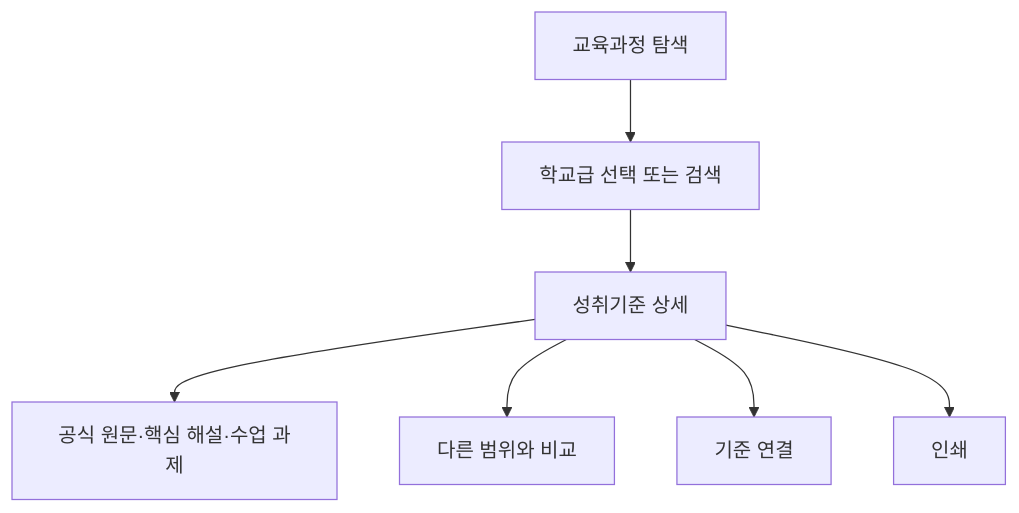
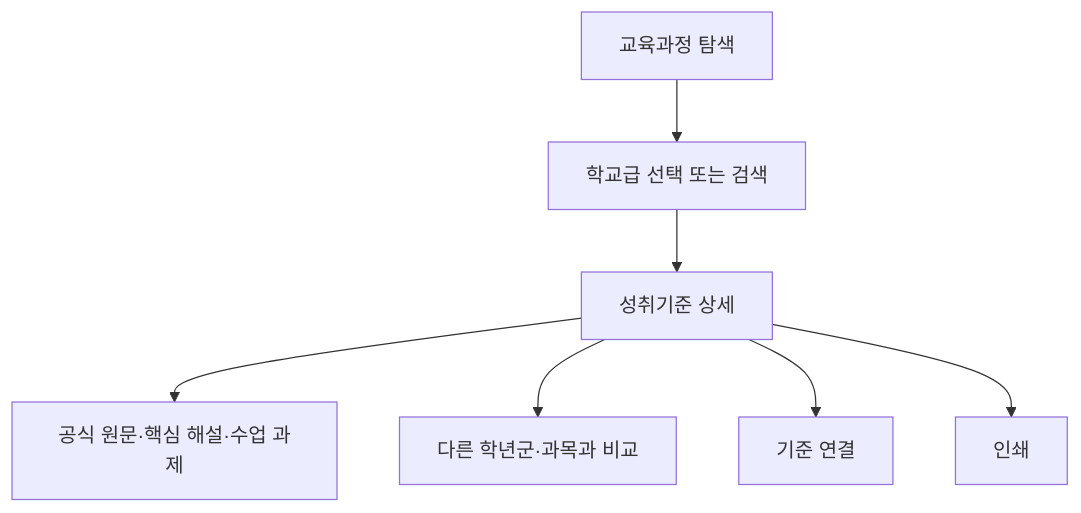
One commit to ll7098ll/math-learning-atlas-kr changed the diagram in README.md. Above: the diagram before and after it, drawn with Mermaid. The commit also changed 36 other files, not shown here.

````diff
--- a/README.md
+++ b/README.md
@@ -19,9 +19,9 @@
 ```mermaid
 flowchart TD
     Start["교육과정 탐색"] --> Find["학교급 선택 또는 검색"]
     Find --> Detail["성취기준 상세"]
     Detail --> Read["공식 원문·핵심 해설·수업 과제"]
-    Detail --> Compare["다른 범위와 비교"]
+    Detail --> Compare["다른 학년군·과목과 비교"]
     Detail --> Map["기준 연결"]
     Detail --> Print["인쇄"]
 ```
````
